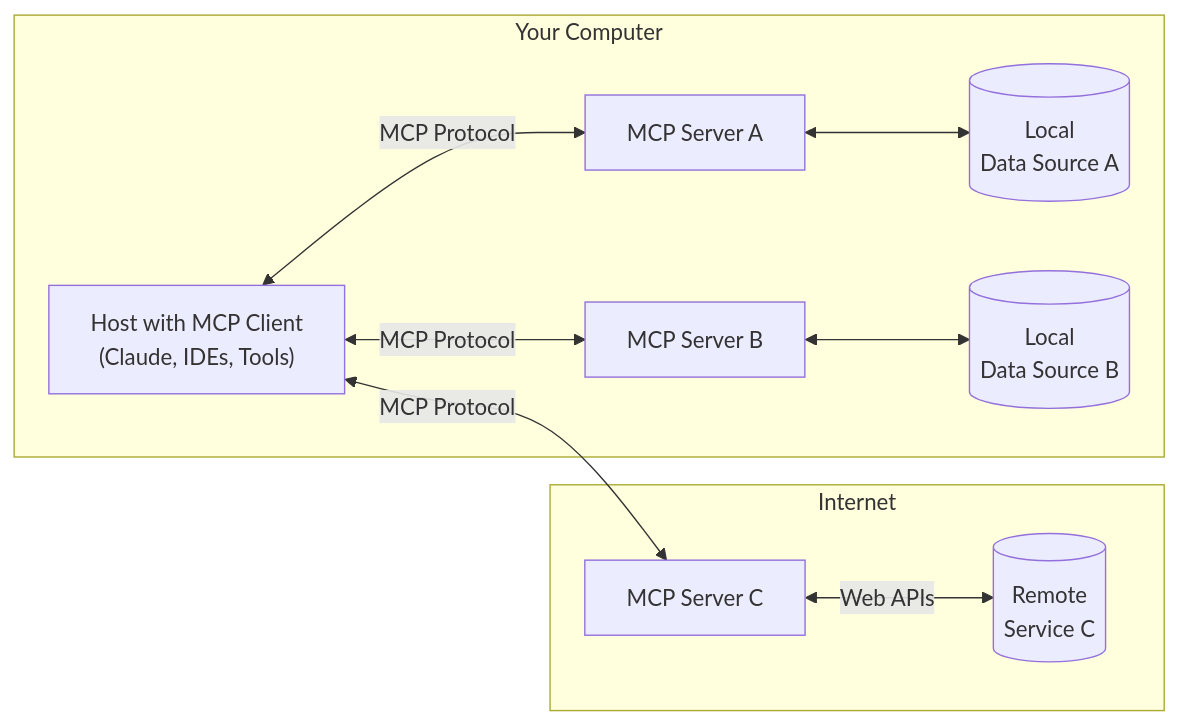
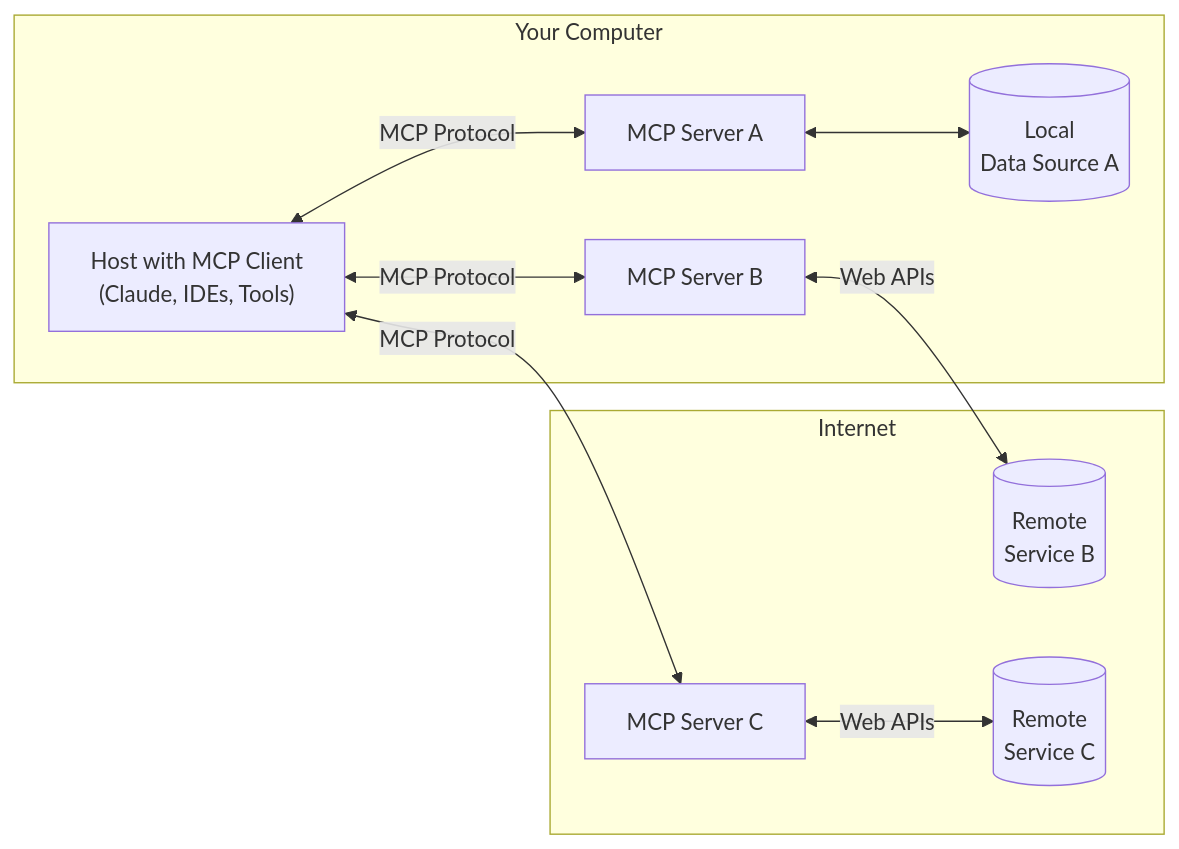
Before and after one commit to tobinsouth/modelcontextprotocol: the diagram in docs/introduction.mdx, drawn with Mermaid.

Commit message:
show all three options

````diff
--- a/docs/introduction.mdx
+++ b/docs/introduction.mdx
@@ -20,18 +20,20 @@
 ```mermaid
 flowchart LR
     subgraph "Your Computer"
-        Host["Host with MCP Client\n(Claude, IDEs, Tools)"]
+        Host["Host with MCP Client<br/>(Claude, IDEs, Tools)"]
         S1["MCP Server A"]
         S2["MCP Server B"]
+        D1[("Local<br/>Data Source A")]
         Host <-->|"MCP Protocol"| S1
         Host <-->|"MCP Protocol"| S2
-        S1 <--> D1[("Local\nData Source A")]
-        S2 <--> D2[("Local\nData Source B")]
+        S1 <--> D1
     end
     subgraph "Internet"
         S3["MCP Server C"]
-        D3[("Remote\nService C")]
+        D2[("Remote<br/>Service B")]
+        D3[("Remote<br/>Service C")]
+        S2 <-->|"Web APIs"| D2
         S3 <-->|"Web APIs"| D3
     end
     Host <-->|"MCP Protocol"| S3
 ```
````
